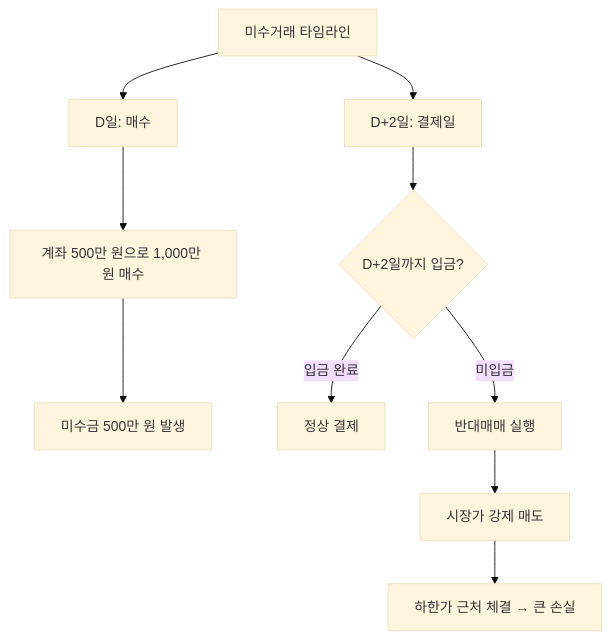
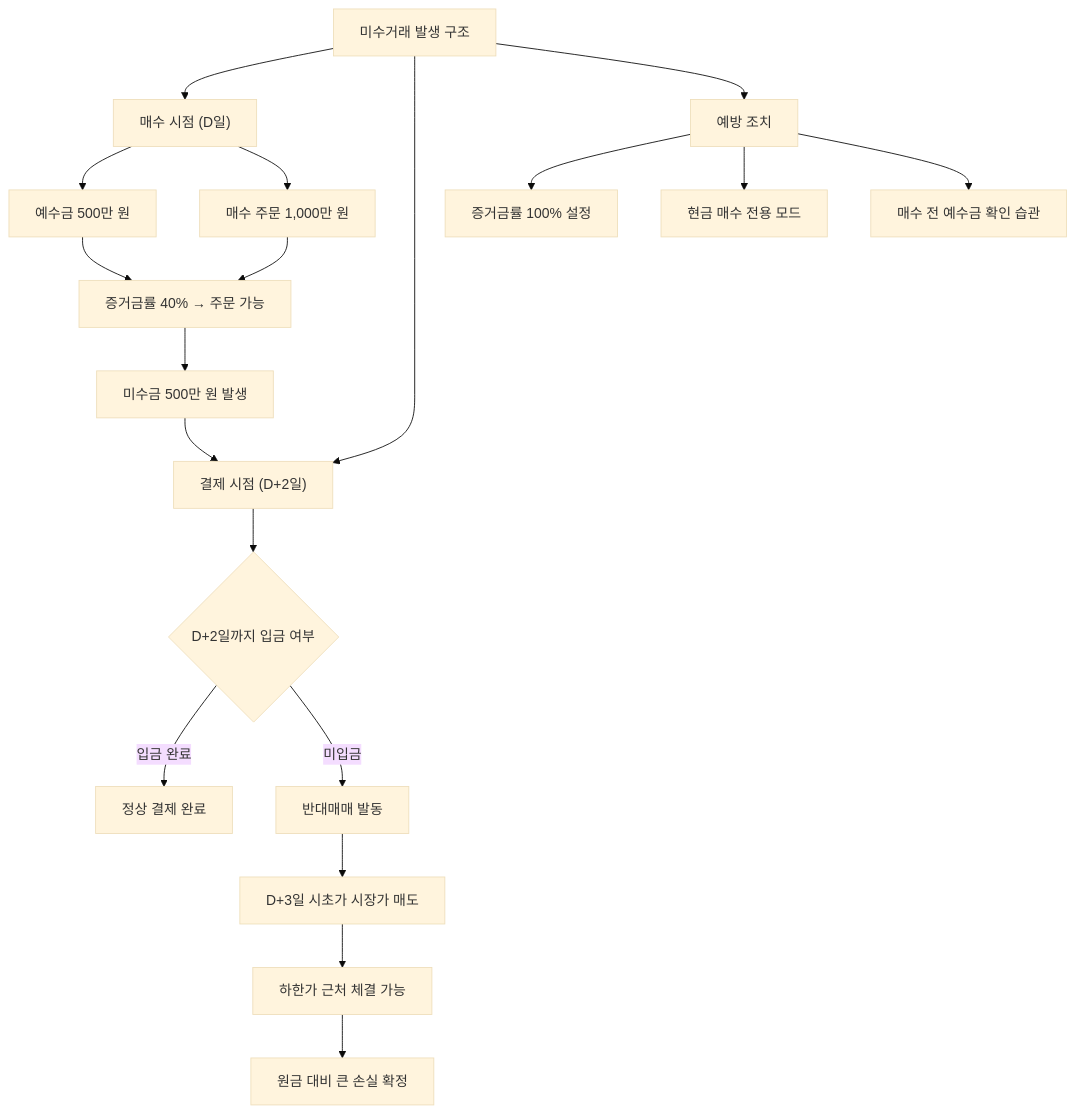
One commit to yeongseon/stock-visual-note changed the diagram in content/stock-terms/ko/level-02-market-trading/unsettled-trading.md. Above: the diagram before and after it, drawn with Mermaid (base theme). The commit also changed other lines of this file, not shown here.

Commit message:
content: rewrite unsettled-trading.md — 반대매매 타임라인 상세화, 증거금률 비교표, 예방 설정 가이드

````diff
--- a/content/stock-terms/ko/level-02-market-trading/unsettled-trading.md
+++ b/content/stock-terms/ko/level-02-market-trading/unsettled-trading.md
@@ -53,13 +56,21 @@
 ```mermaid
 graph TD
-    A["미수거래 타임라인"]
-    A --> B["D일: 매수"]
-    A --> C["D+2일: 결제일"]
-    B --> D["계좌 500만 원으로 1,000만 원 매수"]
-    D --> E["미수금 500만 원 발생"]
-    C --> F{"D+2일까지 입금?"}
-    F -->|입금 완료| G["정상 결제"]
-    F -->|미입금| H["반대매매 실행"]
-    H --> I["시장가 강제 매도"]
-    I --> J["하한가 근처 체결 → 큰 손실"]
+    A["미수거래 발생 구조"] --> B["매수 시점 (D일)"]
+    A --> C["결제 시점 (D+2일)"]
+    A --> D["예방 조치"]
+    B --> E["예수금 500만 원"]
+    B --> F["매수 주문 1,000만 원"]
+    E --> G["증거금률 40% → 주문 가능"]
+    F --> G
+    G --> H["미수금 500만 원 발생"]
+    H --> C
+    C --> I{"D+2일까지 입금 여부"}
+    I -->|입금 완료| J["정상 결제 완료"]
+    I -->|미입금| K["반대매매 발동"]
+    K --> L["D+3일 시초가 시장가 매도"]
+    L --> M["하한가 근처 체결 가능"]
+    M --> N["원금 대비 큰 손실 확정"]
+    D --> O["증거금률 100% 설정"]
+    D --> P["현금 매수 전용 모드"]
+    D --> Q["매수 전 예수금 확인 습관"]
 ```
````
